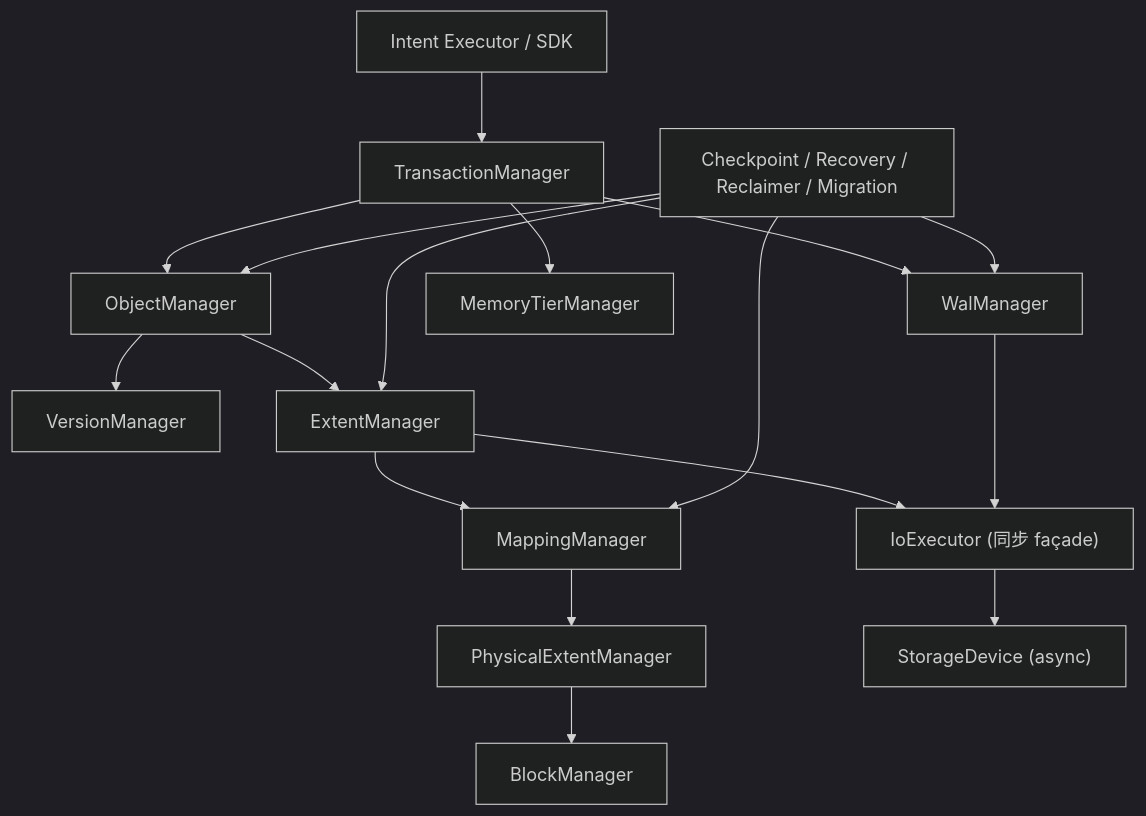
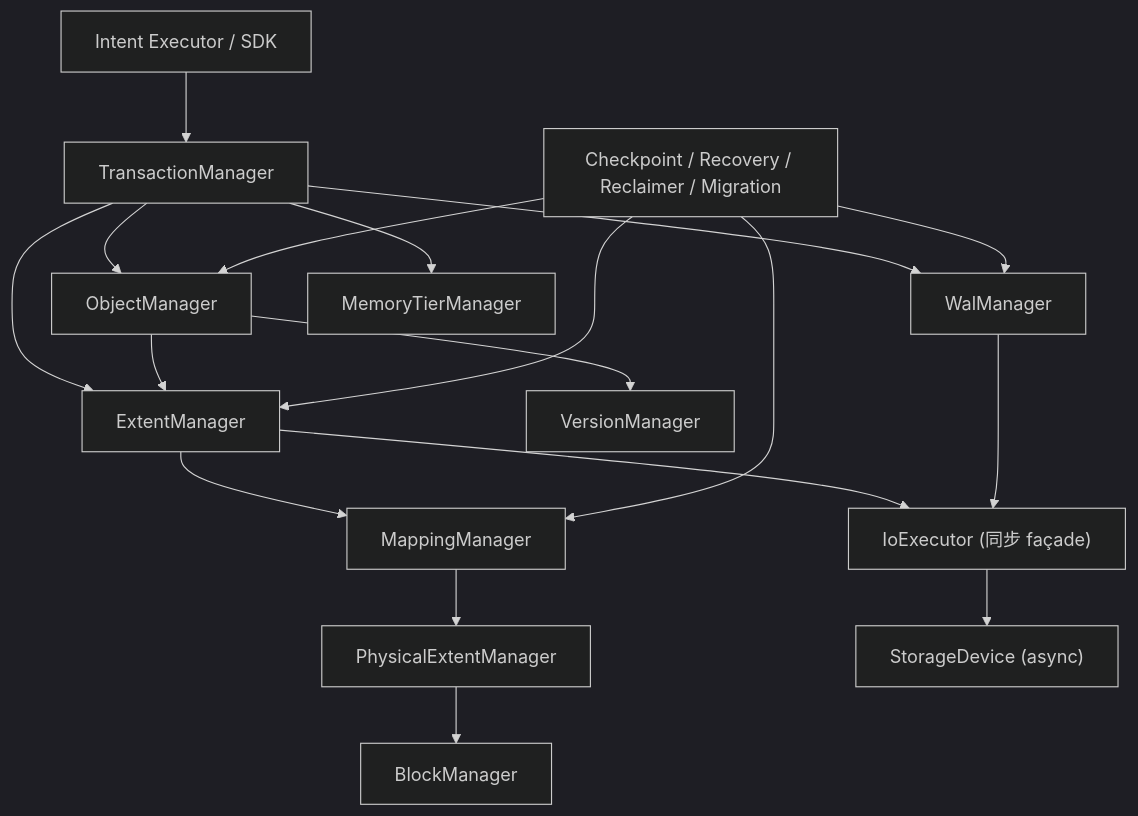
Before and after one commit to yiidea/ais: the diagram in docs/chatgpt/04-kernel-interfaces.md, drawn with Mermaid (dark theme). The commit also changed other lines of this file and 4 other files, not shown here.

````diff
--- a/docs/chatgpt/04-kernel-interfaces.md
+++ b/docs/chatgpt/04-kernel-interfaces.md
@@ -541,19 +730,20 @@
 ```mermaid
 flowchart TB
     EX["Intent Executor / SDK"] --> TX["TransactionManager"]
     TX --> OM["ObjectManager"]
+    TX --> EM["ExtentManager"]
+    TX --> WM["WalManager"]
+    TX --> MTM["MemoryTierManager"]
     OM --> VM["VersionManager"]
-    OM --> EM["ExtentManager"]
+    OM --> EM
     EM --> MM["MappingManager"]
     MM --> PEM["PhysicalExtentManager"]
     PEM --> BM["BlockManager"]
     EM --> IOX["IoExecutor (同步 façade)"]
     WM --> IOX
     IOX --> DEV["StorageDevice (async)"]
-    TX --> WM["WalManager"]
-    TX --> MTM["MemoryTierManager"]
     BG["Checkpoint / Recovery / Reclaimer / Migration"] --> WM
     BG --> OM
     BG --> EM
     BG --> MM
 ```
````
